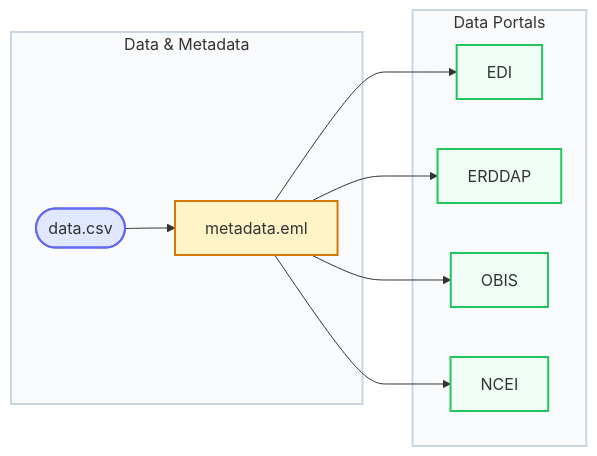
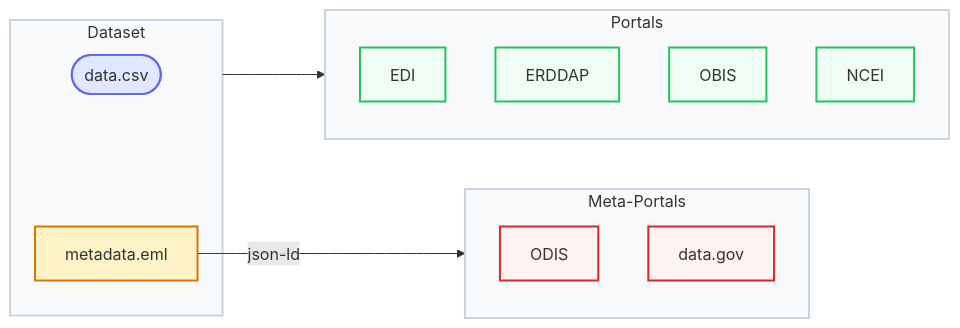
Before and after one commit to CalCOFI/docs: the diagram in diagrams/portals_metadata.mmd, drawn with Mermaid. The commit also changed 3 other files, not shown here.

```diff
--- a/diagrams/portals_metadata.mmd
+++ b/diagrams/portals_metadata.mmd
@@ -1,27 +1,31 @@
 graph LR
-    subgraph inputs[Data & Metadata]
+    subgraph dataset[Dataset]
         data([data.csv]):::source
         eml[metadata.eml]:::database
     end
 
-    subgraph portals[Data Portals]
+    subgraph portals[Portals]
         edi[EDI]:::portal
         erddap[ERDDAP]:::portal
         obis[OBIS]:::portal
         ncei[NCEI]:::portal
     end
 
-    data --> eml
-    eml --> edi
-    eml --> erddap
-    eml --> obis
-    eml --> ncei
+    subgraph metaportals[Meta-Portals]
+        odis[ODIS]:::metaportal
+        datagov[data.gov]:::metaportal
+    end
+
+    dataset --> portals
+    eml -->|json-ld| metaportals
 
     %% Custom styles
-    classDef source fill:#E0E7FF,stroke:#6366F1,stroke-width:2px
-    classDef database fill:#FEF3C7,stroke:#D97706,stroke-width:2px
-    classDef portal fill:#F0FDF4,stroke:#22C55E,stroke-width:2px
+    classDef source     fill:#E0E7FF,stroke:#6366F1,stroke-width:2px
+    classDef database   fill:#FEF3C7,stroke:#D97706,stroke-width:2px
+    classDef portal     fill:#F0FDF4,stroke:#22C55E,stroke-width:2px
+    classDef metaportal fill:#FEF2F2,stroke:#DC2626,stroke-width:2px
 
     %% Style subgraphs
-    style inputs fill:#F8FAFC,stroke:#CBD5E1,stroke-width:2px
-    style portals fill:#F8FAFC,stroke:#CBD5E1,stroke-width:2px
+    style dataset     fill:#F8FAFC,stroke:#CBD5E1,stroke-width:2px
+    style portals     fill:#F8FAFC,stroke:#CBD5E1,stroke-width:2px
+    style metaportals fill:#F8FAFC,stroke:#CBD5E1,stroke-width:2px
```
